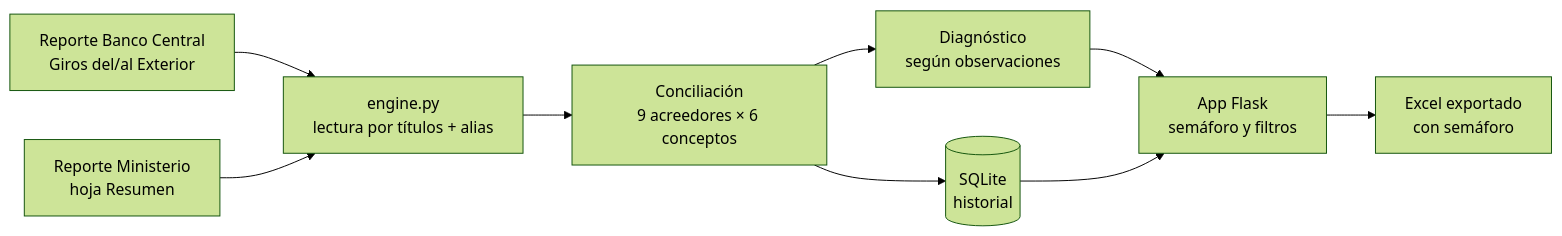
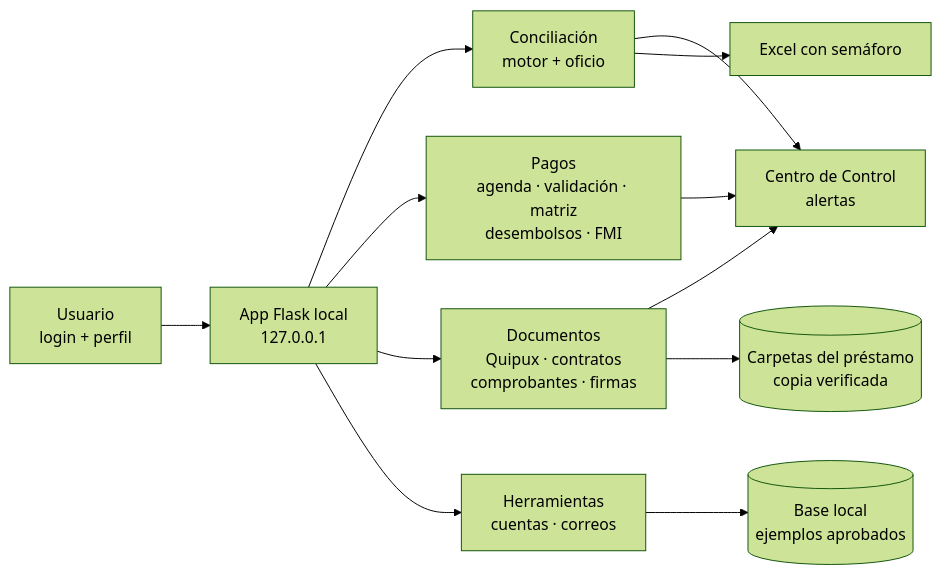
One commit to BryanAndresR23/GIDEP-Gestor-Deuda-Externa changed the diagram in README.md. Above: the diagram before and after it, drawn with Mermaid (forest theme). The commit also changed other lines of this file and 76 other files, not shown here.

````diff
--- a/README.md
+++ b/README.md
@@ -37,11 +60,12 @@
 ```mermaid
 flowchart LR
-    A["Reporte Banco Central<br/>Giros del/al Exterior"] --> C["engine.py<br/>lectura por títulos + alias"]
-    B["Reporte Ministerio<br/>hoja Resumen"] --> C
-    C --> D["Conciliación<br/>9 acreedores × 6 conceptos"]
-    D --> E["Diagnóstico<br/>según observaciones"]
-    D --> F[("SQLite<br/>historial")]
-    E --> G["App Flask<br/>semáforo y filtros"]
-    F --> G
-    G --> H["Excel exportado<br/>con semáforo"]
+    U["Usuario<br/>login + perfil"] --> APP["App Flask local<br/>127.0.0.1"]
+    APP --> C["Conciliación<br/>motor + oficio"]
+    APP --> P["Pagos<br/>agenda · validación · matriz<br/>desembolsos · FMI"]
+    APP --> D["Documentos<br/>Quipux · contratos<br/>comprobantes · firmas"]
+    APP --> H["Herramientas<br/>cuentas · correos"]
+    C & P & D --> CC["Centro de Control<br/>alertas"]
+    C --> X["Excel con semáforo"]
+    D --> F[("Carpetas del préstamo<br/>copia verificada")]
+    H --> S[("Base local<br/>ejemplos aprobados")]
 ```
````
